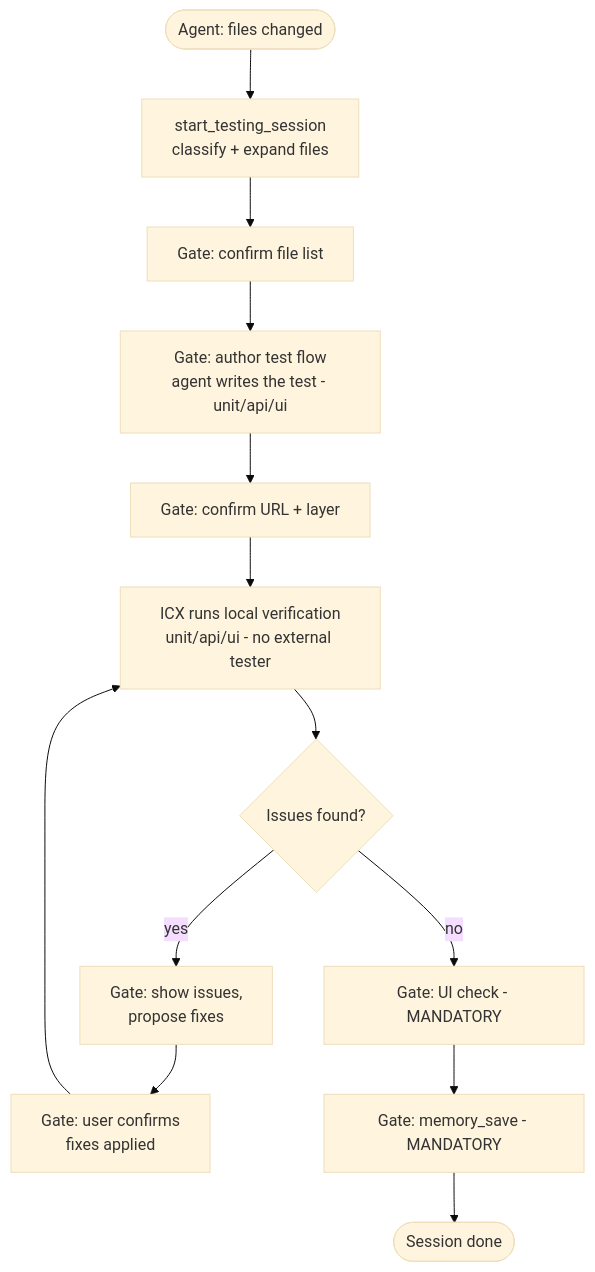
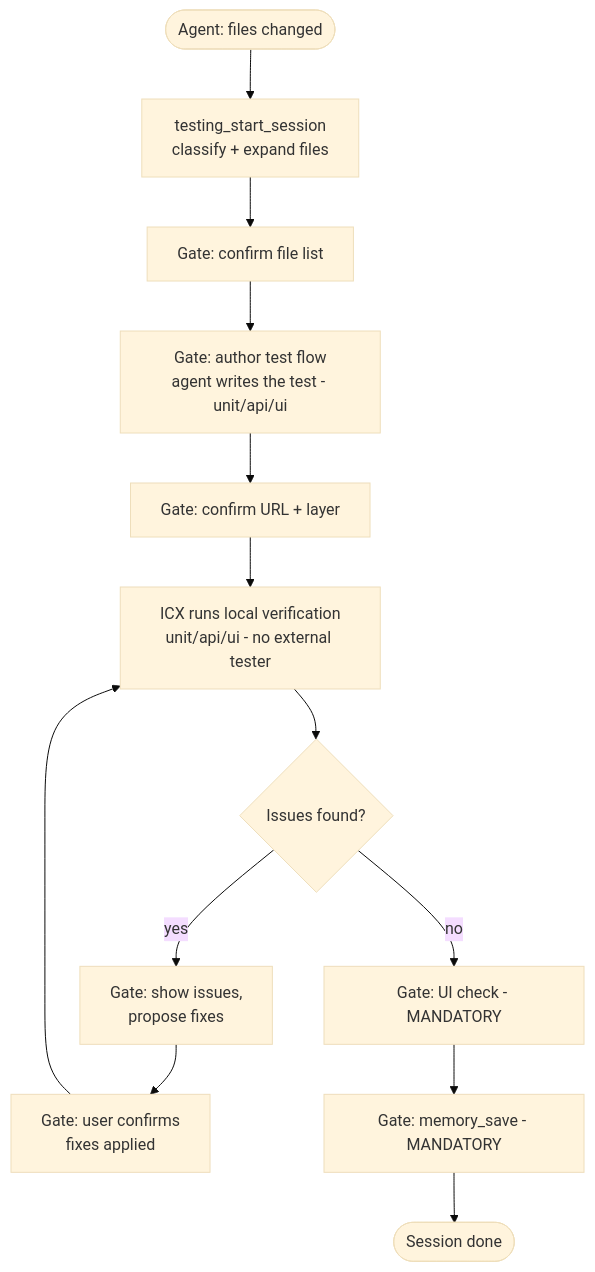
Before and after one commit to althaf-space/icx-engine: the fifth of 11 diagrams in readme.md, drawn with Mermaid (base theme). The commit also changed other lines of this file and 55 other files, not shown here.

````diff
--- a/readme.md
+++ b/readme.md
@@ -125,15 +125,15 @@
 ```mermaid
 flowchart TD
-    A([Agent: files changed]) --> B[start_testing_session\nclassify + expand files]
+    A([Agent: files changed]) --> B[testing_start_session\nclassify + expand files]
     B --> C[Gate: confirm file list]
     C --> D[Gate: author test flow\nagent writes the test - unit/api/ui]
     D --> E[Gate: confirm URL + layer]
     E --> F[ICX runs local verification\nunit/api/ui - no external tester]
     F --> G{Issues found?}
     G -- yes --> H[Gate: show issues,\npropose fixes]
     H --> I[Gate: user confirms\nfixes applied]
     I --> F
     G -- no --> J[Gate: UI check - MANDATORY]
     J --> K[Gate: memory_save - MANDATORY]
     K --> L([Session done])
 ```
````
